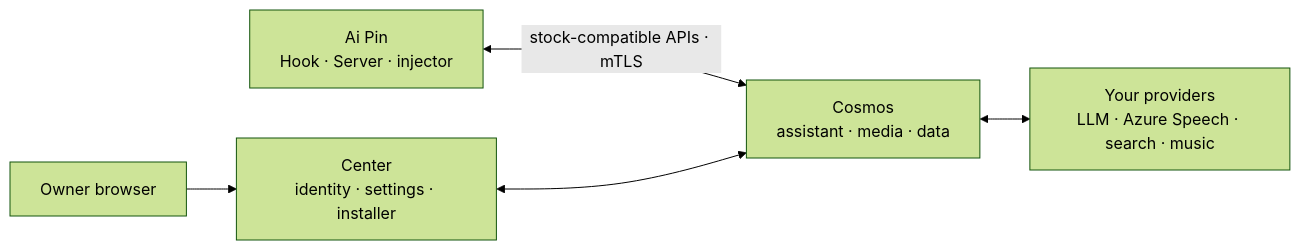
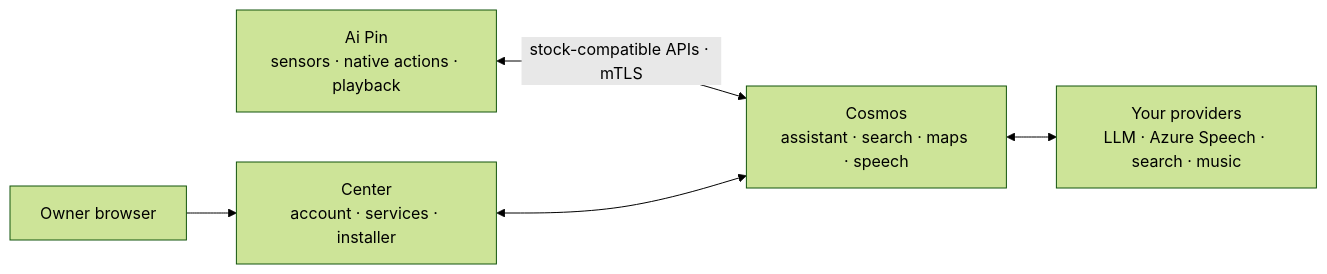
Before and after one commit to TheAndersMadsen/luma: the diagram in README.md, drawn with Mermaid (forest theme). The commit also changed other lines of this file and 92 other files, not shown here.

Commit message:
Move assistant provider authority to Cosmos

````diff
--- a/README.md
+++ b/README.md
@@ -39,7 +39,7 @@
 ```mermaid
 flowchart LR
-    Owner["Owner browser"] --> Center["Center<br/>identity · settings · installer"]
-    Pin["Ai Pin<br/>Hook · Server · injector"] <-->|"stock-compatible APIs · mTLS"| Cosmos["Cosmos<br/>assistant · media · data"]
+    Owner["Owner browser"] --> Center["Center<br/>account · services · installer"]
+    Pin["Ai Pin<br/>sensors · native actions · playback"] <-->|"stock-compatible APIs · mTLS"| Cosmos["Cosmos<br/>assistant · search · maps · speech"]
     Center <--> Cosmos
     Cosmos <--> Providers["Your providers<br/>LLM · Azure Speech · search · music"]
 ```
````
